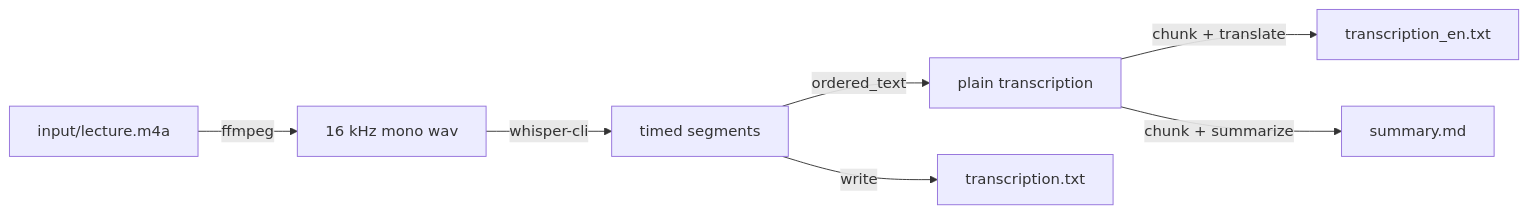
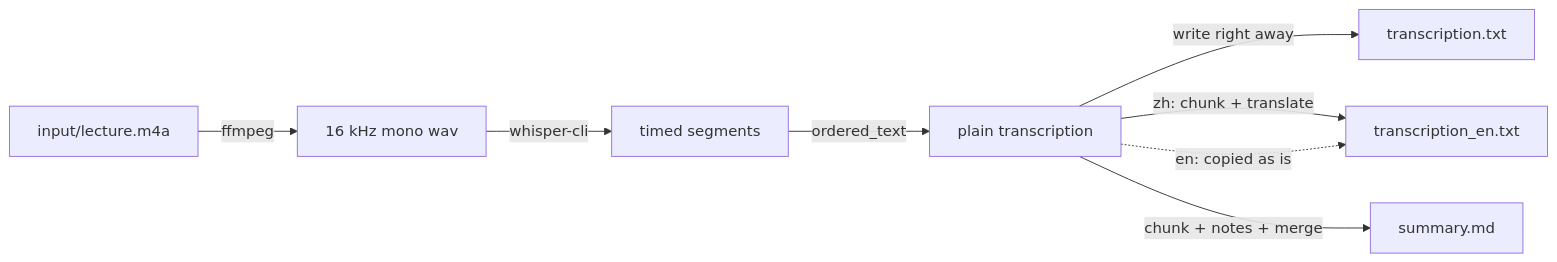
Before and after one commit to bobbyphtr/transcription-local-ai: the first of 2 diagrams in scripts/README.md, drawn with Mermaid. The commit also changed other lines of this file and 14 other files, not shown here.

````diff
--- a/scripts/README.md
+++ b/scripts/README.md
@@ -17,9 +17,10 @@
 ```mermaid
 flowchart LR
     A[input/lecture.m4a] -->|ffmpeg| B[16 kHz mono wav]
     B -->|whisper-cli| C[timed segments]
     C -->|ordered_text| D[plain transcription]
-    D -->|chunk + translate| E[transcription_en.txt]
-    C -->|write| F[transcription.txt]
-    D -->|chunk + summarize| G[summary.md]
+    D -->|write right away| F[transcription.txt]
+    D -->|zh: chunk + translate| E[transcription_en.txt]
+    D -.->|en: copied as is| E
+    D -->|chunk + notes + merge| G[summary.md]
 ```
````
